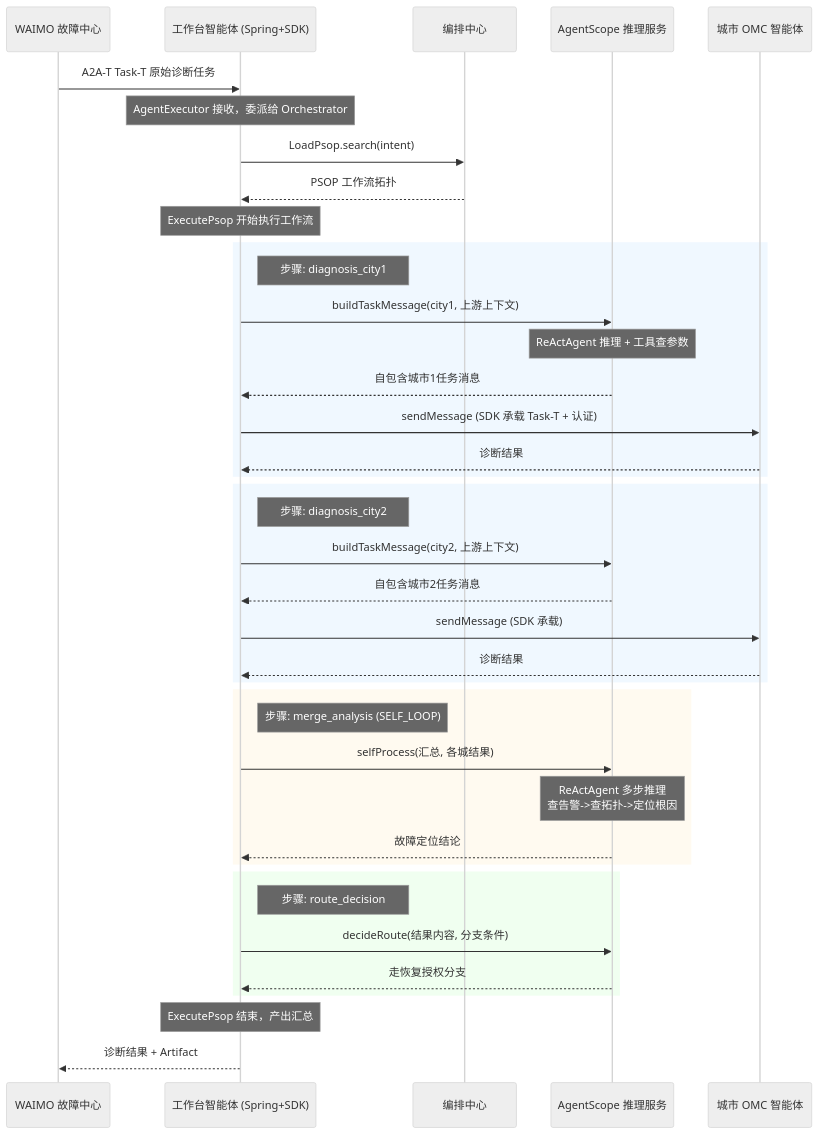
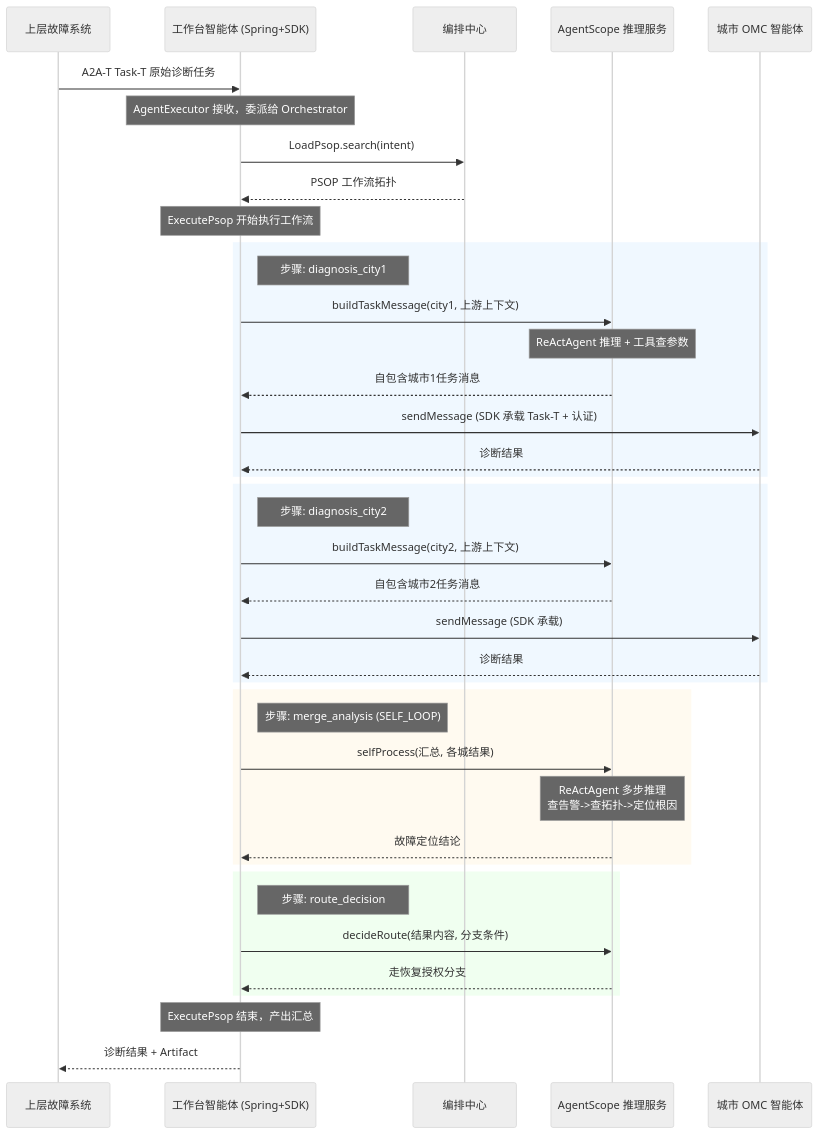
Before and after one commit to Zhoujie628/workflow-engine-sdk-java: the third of 4 diagrams in docs/zh/工作台AgentScope结合方案.md, drawn with Mermaid (neutral theme). The commit also changed other lines of this file and 11 other files, not shown here.

````diff
--- a/docs/zh/工作台AgentScope结合方案.md
+++ b/docs/zh/工作台AgentScope结合方案.md
@@ -206,47 +206,47 @@
 ```mermaid
 sequenceDiagram
-    participant WAIMO as WAIMO 故障中心
+    participant UPPER as 上层故障系统
     participant WB as 工作台智能体 (Spring+SDK)
     participant ORCH as 编排中心
     participant AS as AgentScope 推理服务
     participant OMC as 城市 OMC 智能体
 
-    WAIMO->>WB: A2A-T Task-T 原始诊断任务
+    UPPER->>WB: A2A-T Task-T 原始诊断任务
     Note over WB: AgentExecutor 接收，委派给 Orchestrator
     WB->>ORCH: LoadPsop.search(intent)
     ORCH-->>WB: PSOP 工作流拓扑
     Note over WB: ExecutePsop 开始执行工作流
 
     rect rgba(240, 248, 255, 1)
         Note right of WB: 步骤: diagnosis_city1
         WB->>AS: buildTaskMessage(city1, 上游上下文)
         Note over AS: ReActAgent 推理 + 工具查参数
         AS-->>WB: 自包含城市1任务消息
         WB->>OMC: sendMessage (SDK 承载 Task-T + 认证)
         OMC-->>WB: 诊断结果
     end
 
     rect rgba(240, 248, 255, 1)
         Note right of WB: 步骤: diagnosis_city2
         WB->>AS: buildTaskMessage(city2, 上游上下文)
         AS-->>WB: 自包含城市2任务消息
         WB->>OMC: sendMessage (SDK 承载)
         OMC-->>WB: 诊断结果
     end
 
     rect rgba(255, 250, 240, 1)
         Note right of WB: 步骤: merge_analysis (SELF_LOOP)
         WB->>AS: selfProcess(汇总, 各城结果)
         Note over AS: ReActAgent 多步推理<br/>查告警->查拓扑->定位根因
         AS-->>WB: 故障定位结论
     end
 
     rect rgba(240, 255, 240, 1)
         Note right of WB: 步骤: route_decision
         WB->>AS: decideRoute(结果内容, 分支条件)
         AS-->>WB: 走恢复授权分支
     end
 
     Note over WB: ExecutePsop 结束，产出汇总
-    WB-->>WAIMO: 诊断结果 + Artifact
+    WB-->>UPPER: 诊断结果 + Artifact
 ```
````
